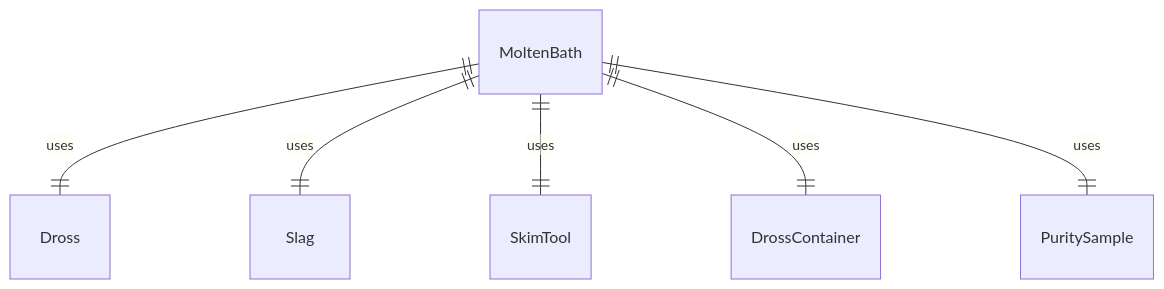
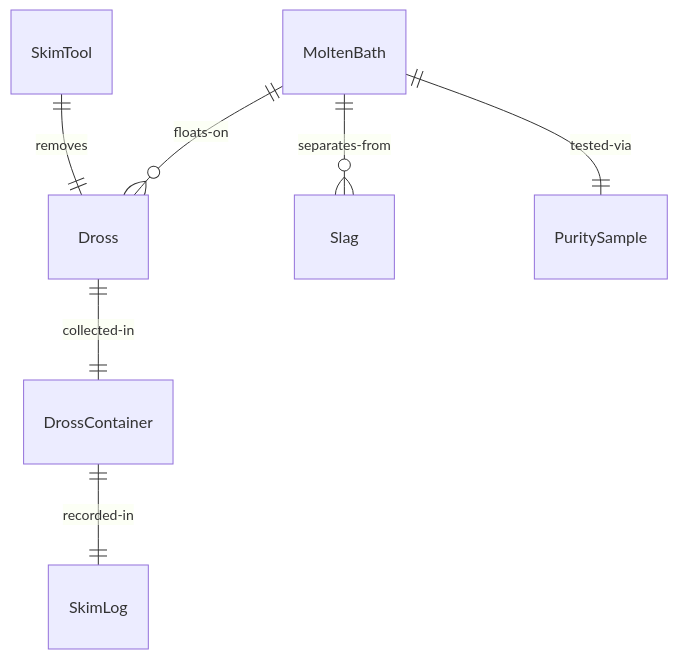
One commit to dot-org-ai/tasks.org.ai changed the first of 4 diagrams in HandlingAndMovingObjects/PrepareIndustrialMaterialsForProcessingOrUse/SkimImpuritiesMoltenMetal.mdx. Above: the diagram before and after it, drawn with Mermaid. The commit also changed other lines of this file and 515 other files, not shown here.

````diff
--- a/HandlingAndMovingObjects/PrepareIndustrialMaterialsForProcessingOrUse/SkimImpuritiesMoltenMetal.mdx
+++ b/HandlingAndMovingObjects/PrepareIndustrialMaterialsForProcessingOrUse/SkimImpuritiesMoltenMetal.mdx
@@ -88,8 +88,9 @@
 ```mermaid
 erDiagram
-    MoltenBath ||--|| Dross : "uses"
-    MoltenBath ||--|| Slag : "uses"
-    MoltenBath ||--|| SkimTool : "uses"
-    MoltenBath ||--|| DrossContainer : "uses"
-    MoltenBath ||--|| PuritySample : "uses"
+    MoltenBath ||--o{ Dross : "floats-on"
+    MoltenBath ||--o{ Slag : "separates-from"
+    SkimTool ||--|| Dross : "removes"
+    Dross ||--|| DrossContainer : "collected-in"
+    MoltenBath ||--|| PuritySample : "tested-via"
+    DrossContainer ||--|| SkimLog : "recorded-in"
 ```
````
